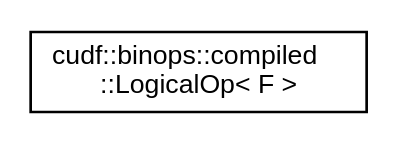
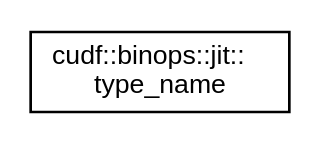
The diagram in libcudf/0.8.0/inherit_graph_39.dot (rapidsai/projects), drawn with Graphviz before and after one commit. The commit also changed 531 other files, not shown here.

```diff
--- a/libcudf/0.8.0/inherit_graph_39.dot
+++ b/libcudf/0.8.0/inherit_graph_39.dot
@@ -1,7 +1,7 @@
 digraph "Graphical Class Hierarchy"
 {
   edge [fontname="Helvetica",fontsize="10",labelfontname="Helvetica",labelfontsize="10"];
   node [fontname="Helvetica",fontsize="10",shape=record];
   rankdir="LR";
-  Node0 [label="cudf::binops::compiled\l::LogicalOp\< F \>",height=0.2,width=0.4,color="black", fillcolor="white", style="filled",URL="$structcudf_1_1binops_1_1compiled_1_1LogicalOp.html"];
+  Node0 [label="cudf::binops::jit::\ltype_name",height=0.2,width=0.4,color="black", fillcolor="white", style="filled",URL="$structcudf_1_1binops_1_1jit_1_1type__name.html",tooltip="Functor to get type name in string. "];
 }
```
